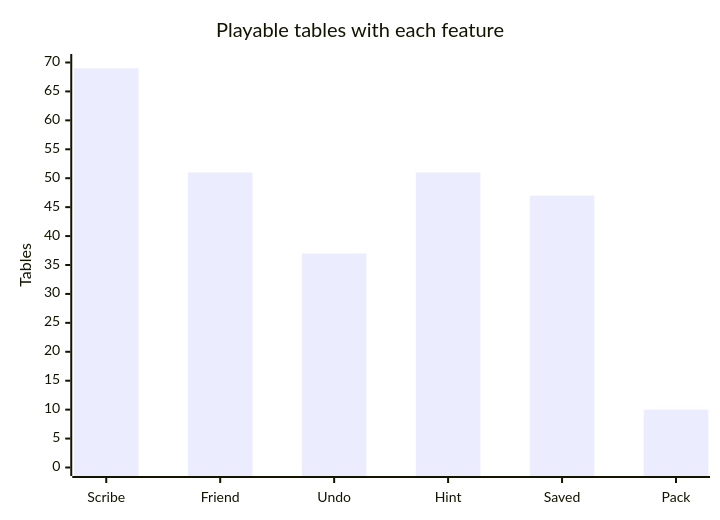
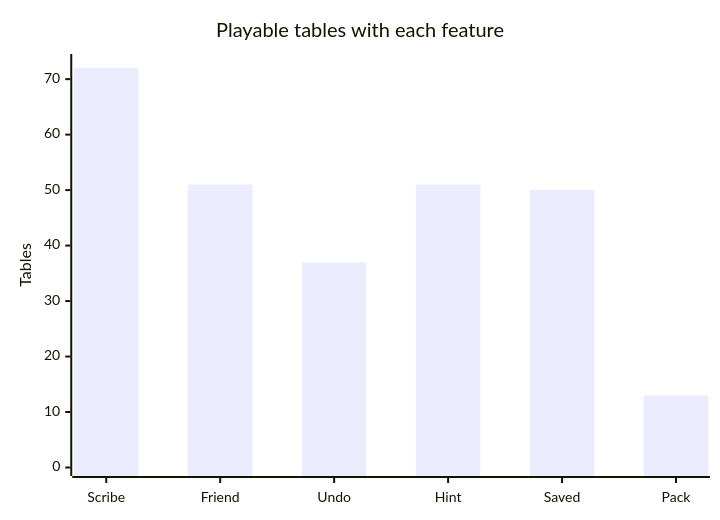
Before and after one commit to CptNope/Librarium-Archives: the third of 9 diagrams in docs/games/README.md, drawn with Mermaid. The commit also changed other lines of this file and 40 other files, not shown here.

````diff
--- a/docs/games/README.md
+++ b/docs/games/README.md
@@ -212,7 +215,7 @@
 ```mermaid
 xychart-beta
     title "Playable tables with each feature"
     x-axis ["Scribe", "Friend", "Undo", "Hint", "Saved", "Pack"]
-    y-axis "Tables" 0 --> 70
-    bar [69, 51, 37, 51, 47, 10]
+    y-axis "Tables" 0 --> 73
+    bar [72, 51, 37, 51, 50, 13]
 ```
````
